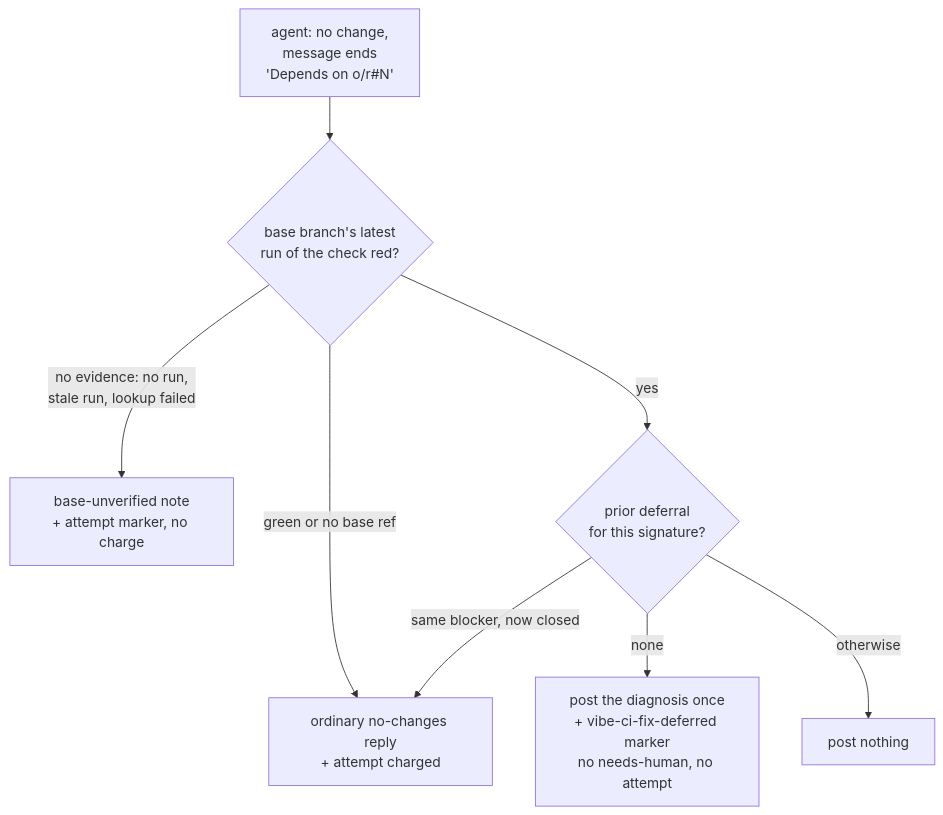
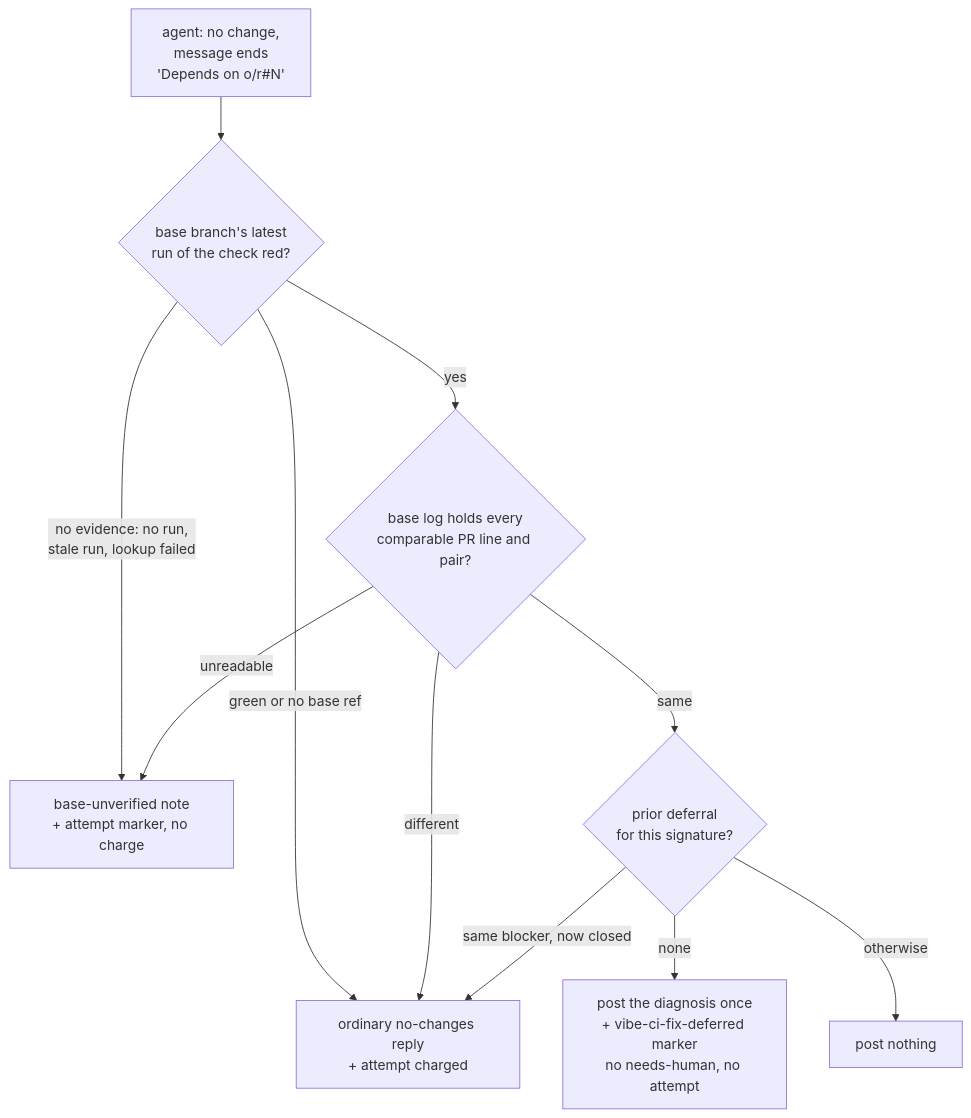
Before and after one commit to stSoftwareAU/VibeCoder: the fifth of 8 diagrams in docs/workflows/ci-fix.md, drawn with Mermaid. The commit also changed other lines of this file and 11 other files, not shown here.

Commit message:
CI-fix base deferral: require the red base run to show the PR's own failure (Issue #4680) (#4873)

````diff
--- a/docs/workflows/ci-fix.md
+++ b/docs/workflows/ci-fix.md
@@ -612,10 +674,13 @@
 ```mermaid
 flowchart TD
     A["agent: no change,<br/>message ends<br/>'Depends on o/r#N'"] --> B{"base branch's latest<br/>run of the check red?"}
     B -->|"green or no base ref"| D["ordinary no-changes reply<br/>+ attempt charged"]
     B -->|"no evidence: no run,<br/>stale run, lookup failed"| U["base-unverified note<br/>+ attempt marker, no charge"]
-    B -->|yes| P{"prior deferral<br/>for this signature?"}
+    B -->|yes| S{"base log holds every<br/>comparable PR line and pair?"}
+    S -->|same| P{"prior deferral<br/>for this signature?"}
+    S -->|different| D
+    S -->|unreadable| U
     P -->|none| C["post the diagnosis once<br/>+ vibe-ci-fix-deferred marker<br/>no needs-human, no attempt"]
     P -->|"same blocker, now closed"| D
     P -->|otherwise| N["post nothing"]
 ```
````
